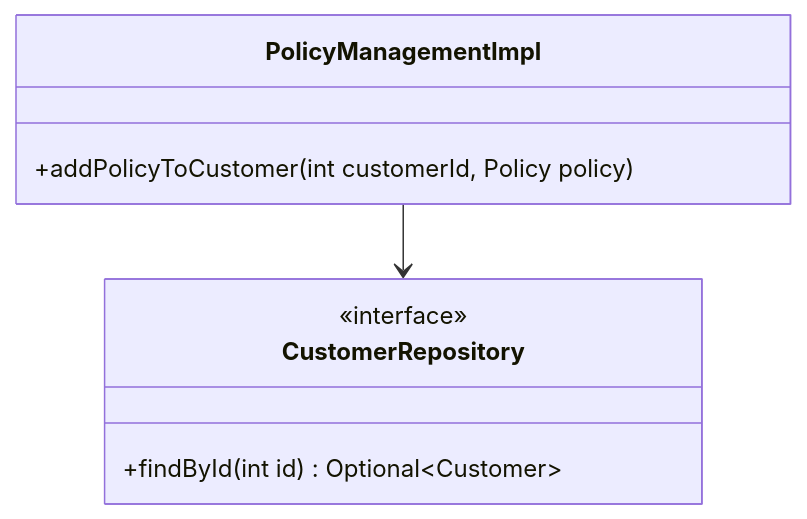
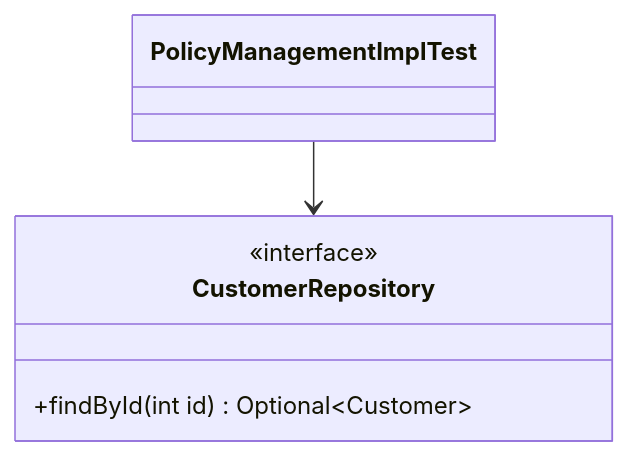
Diagram 15 of 22 in Autoversicherung.md (SirSimon04/clean-car-insurance), drawn with Mermaid before and after one commit. The commit also changed other lines of this file and 1 other file, not shown here.

Commit message:
test(tools): Remove debug output and improve documentation

````diff
--- a/Autoversicherung.md
+++ b/Autoversicherung.md
@@ -631,14 +632,11 @@
 ```mermaid
 
 classDiagram
-    class PolicyManagementImpl {
-      +addPolicyToCustomer(int customerId, Policy policy)
-    }
 
     class CustomerRepository {
       +findById(int id) Optional~Customer~
       <<interface>>
     }
 
-    PolicyManagementImpl --> CustomerRepository
+    PolicyManagementImplTest --> CustomerRepository
 ``` 
````
